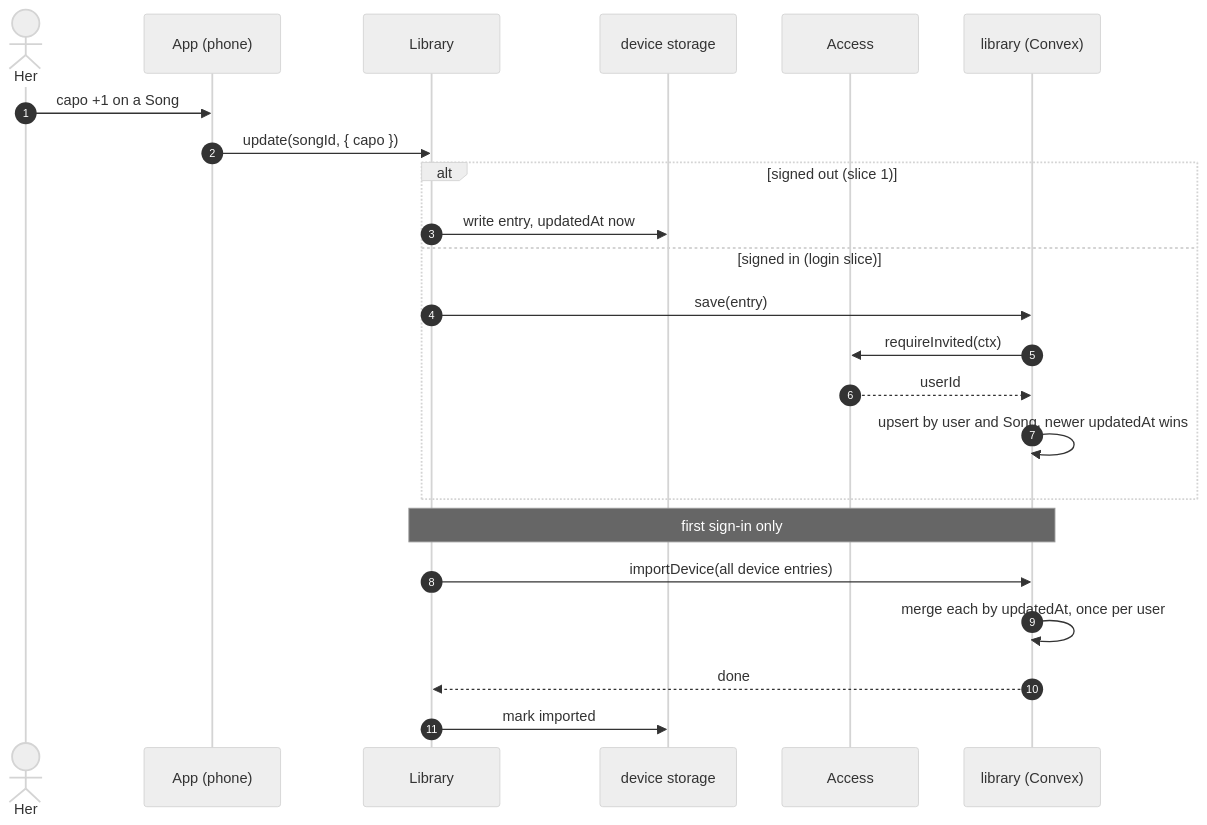
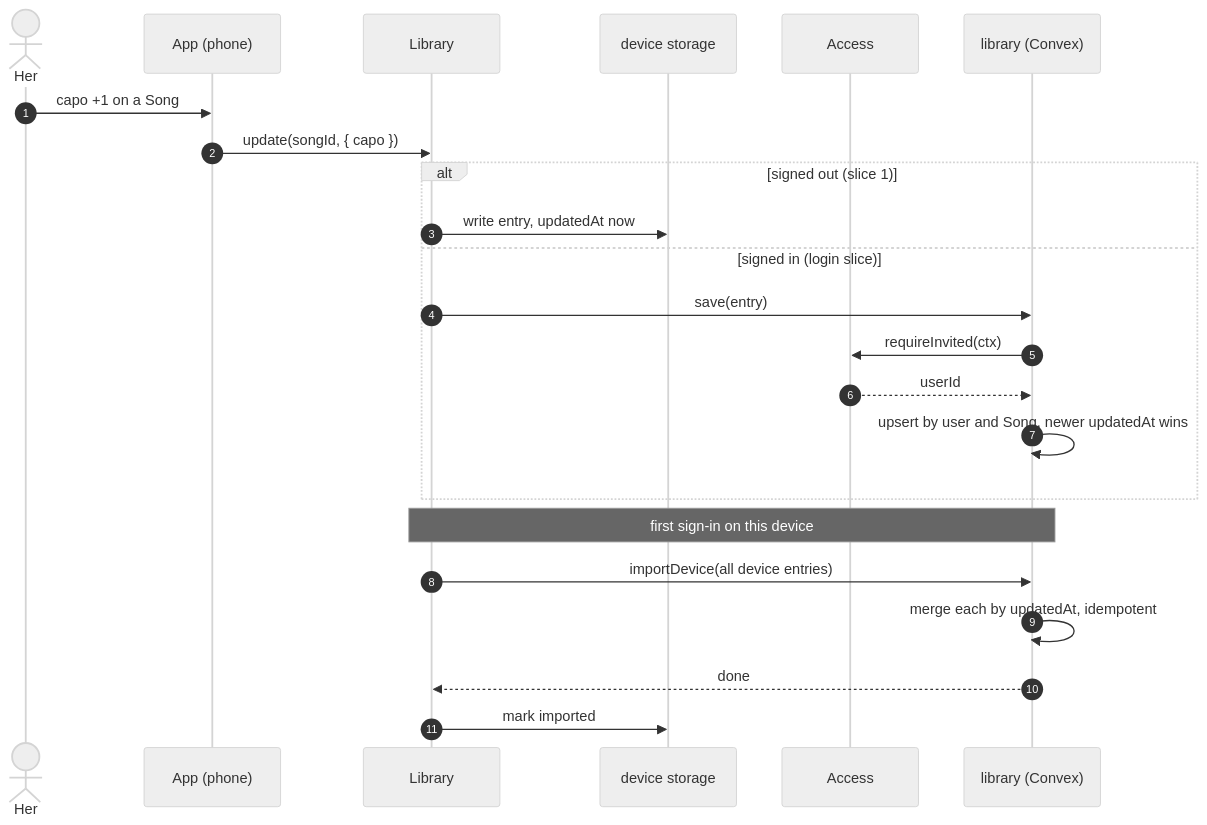
Before and after one commit to Silthus/openchords: the diagram in docs/architecture/openchords/library-write.mmd, drawn with Mermaid (neutral theme). The commit also changed 12 other files, not shown here.

First line of the commit message:
docs: fix Fable review findings in the architecture

```diff
--- a/docs/architecture/openchords/library-write.mmd
+++ b/docs/architecture/openchords/library-write.mmd
@@ -1,23 +1,23 @@
 sequenceDiagram
   autonumber
   actor Her
   participant App as App (phone)
   participant Lib as Library
   participant Dev as device storage
   participant Acc as Access
   participant LC as library (Convex)
   Her->>App: capo +1 on a Song
   App->>Lib: update(songId, { capo })
   alt signed out (slice 1)
     Lib->>Dev: write entry, updatedAt now
   else signed in (login slice)
     Lib->>LC: save(entry)
     LC->>Acc: requireInvited(ctx)
     Acc-->>LC: userId
     LC->>LC: upsert by user and Song, newer updatedAt wins
   end
-  Note over Lib,LC: first sign-in only
+  Note over Lib,LC: first sign-in on this device
   Lib->>LC: importDevice(all device entries)
-  LC->>LC: merge each by updatedAt, once per user
+  LC->>LC: merge each by updatedAt, idempotent
   LC-->>Lib: done
   Lib->>Dev: mark imported
```
